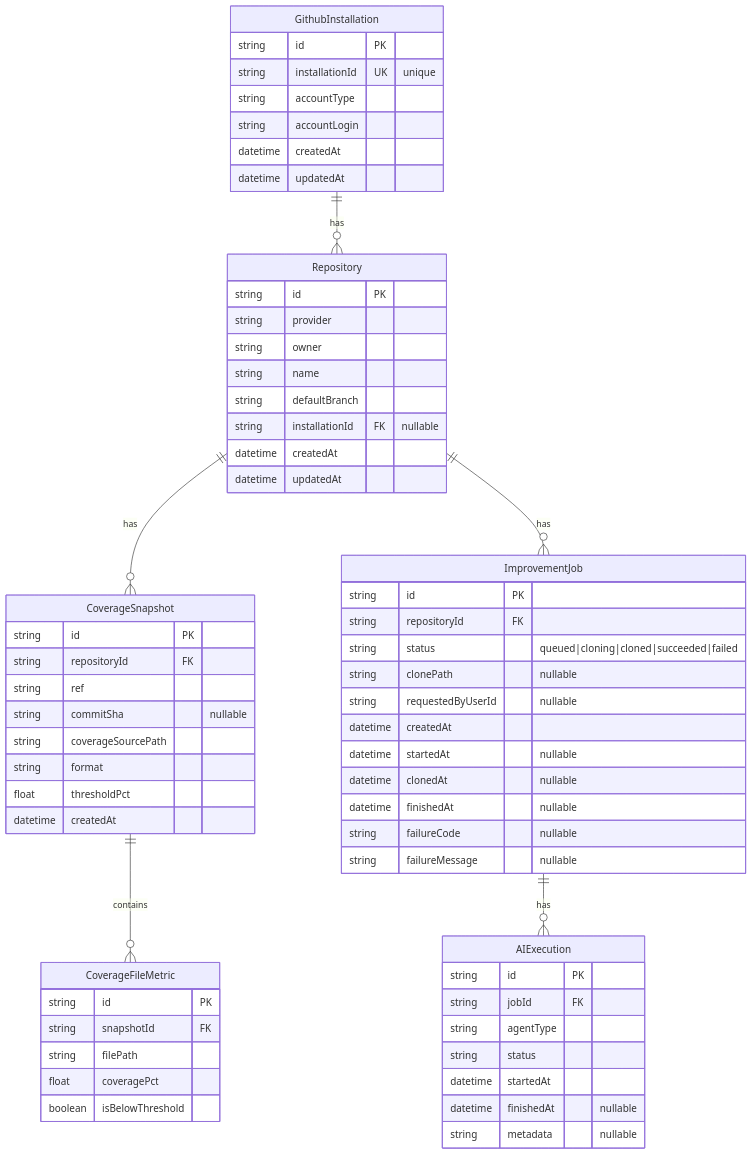
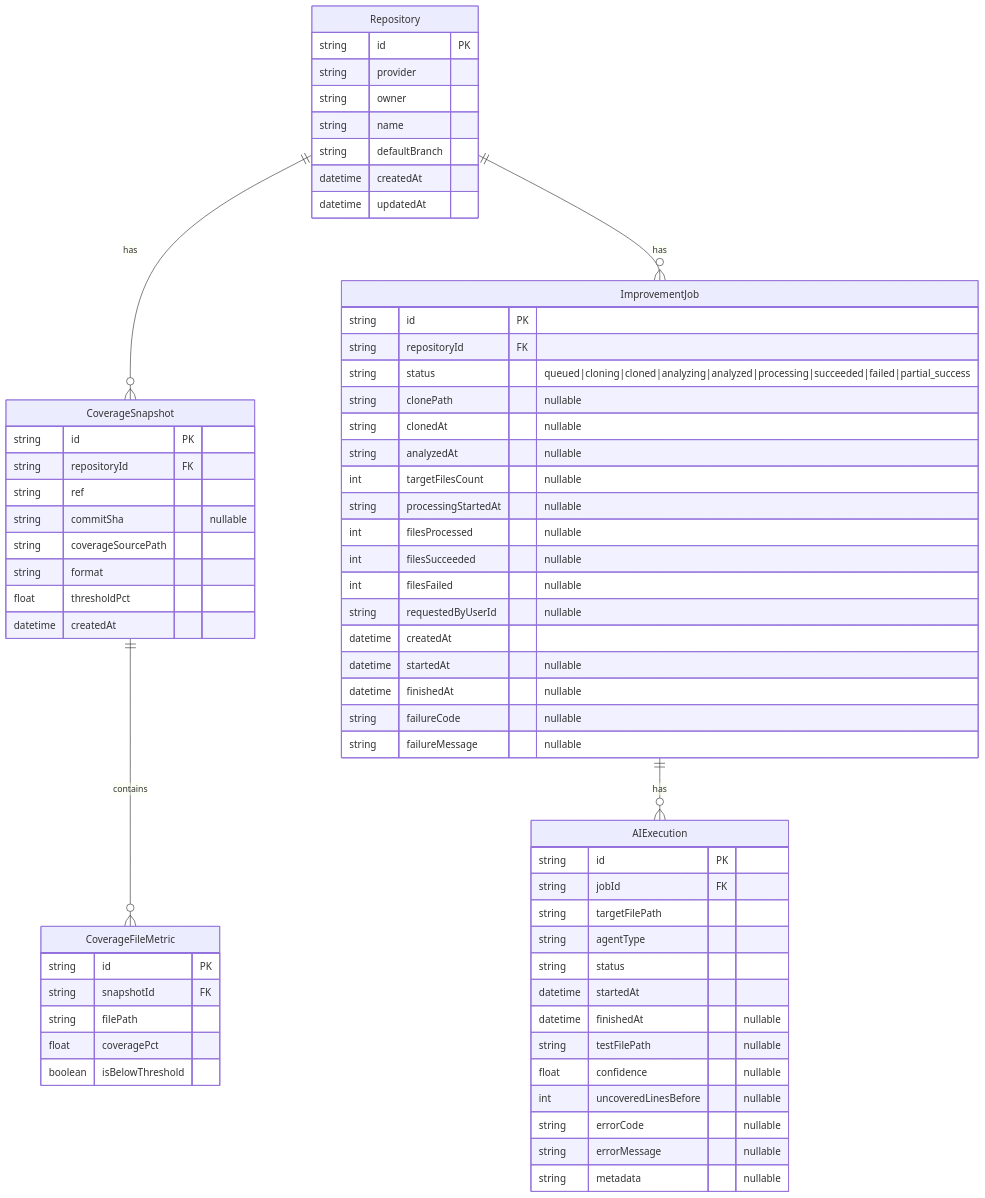
One commit to luanpontolio/ai-coverage-improver changed the first of 8 diagrams in README.md. Above: the diagram before and after it, drawn with Mermaid. The commit also changed other lines of this file and 8 other files, not shown here.

Commit message:
feat: Remove github installationId

````diff
--- a/README.md
+++ b/README.md
@@ -47,71 +47,72 @@
 ```mermaid
 erDiagram
-    GithubInstallation ||--o{ Repository : "has"
     Repository ||--o{ CoverageSnapshot : "has"
     Repository ||--o{ ImprovementJob : "has"
     CoverageSnapshot ||--o{ CoverageFileMetric : "contains"
     ImprovementJob ||--o{ AIExecution : "has"
-
-    GithubInstallation {
-        string id PK
-        string installationId UK "unique"
-        string accountType
-        string accountLogin
-        datetime createdAt
-        datetime updatedAt
-    }
 
     Repository {
         string id PK
         string provider
         string owner
         string name
         string defaultBranch
-        string installationId FK "nullable"
         datetime createdAt
         datetime updatedAt
     }
 
     CoverageSnapshot {
         string id PK
         string repositoryId FK
         string ref
         string commitSha "nullable"
         string coverageSourcePath
         string format
         float thresholdPct
         datetime createdAt
     }
 
     CoverageFileMetric {
         string id PK
         string snapshotId FK
         string filePath
         float coveragePct
         boolean isBelowThreshold
     }
 
     ImprovementJob {
         string id PK
         string repositoryId FK
-        string status "queued|cloning|cloned|succeeded|failed"
+        string status "queued|cloning|cloned|analyzing|analyzed|processing|succeeded|failed|partial_success"
         string clonePath "nullable"
+        string clonedAt "nullable"
+        string analyzedAt "nullable"
+        int targetFilesCount "nullable"
+        string processingStartedAt "nullable"
+        int filesProcessed "nullable"
+        int filesSucceeded "nullable"
+        int filesFailed "nullable"
         string requestedByUserId "nullable"
         datetime createdAt
         datetime startedAt "nullable"
-        datetime clonedAt "nullable"
         datetime finishedAt "nullable"
         string failureCode "nullable"
         string failureMessage "nullable"
     }
 
     AIExecution {
         string id PK
         string jobId FK
+        string targetFilePath
         string agentType
         string status
         datetime startedAt
         datetime finishedAt "nullable"
+        string testFilePath "nullable"
+        float confidence "nullable"
+        int uncoveredLinesBefore "nullable"
+        string errorCode "nullable"
+        string errorMessage "nullable"
         string metadata "nullable"
     }
 ```
````
